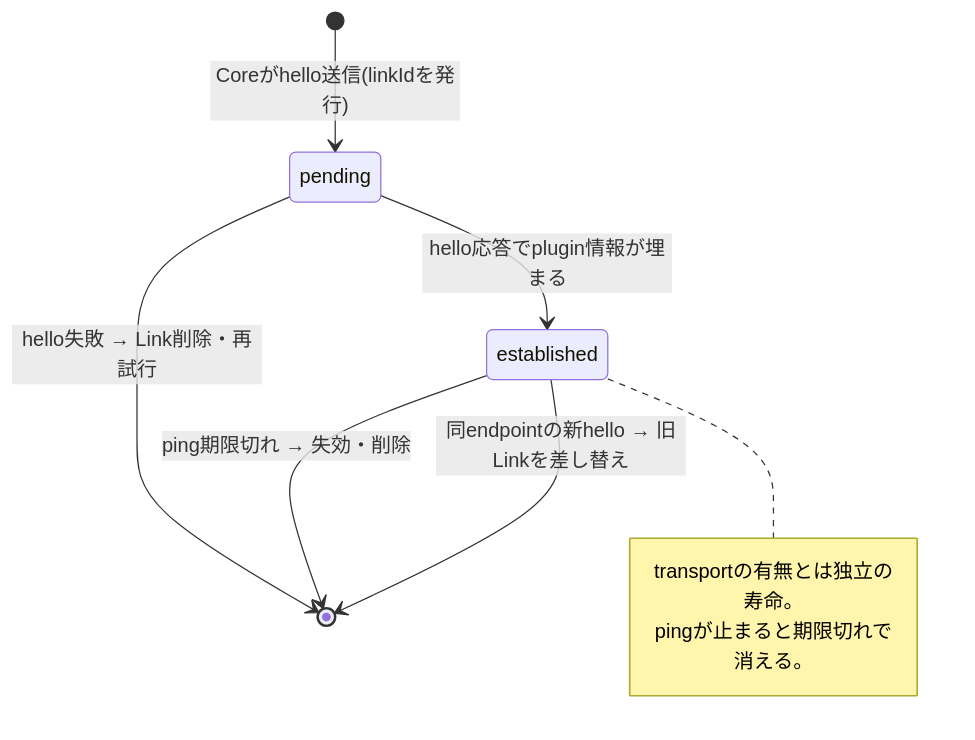
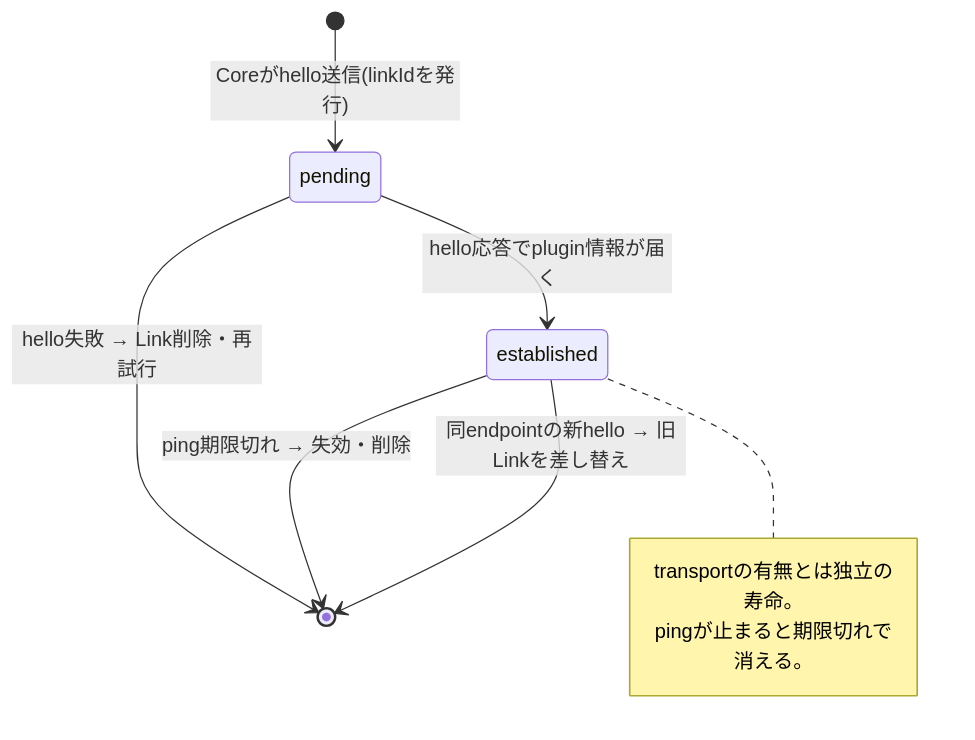
The first of 2 diagrams in docs/contracts/00001-core-plugin-transport.md (naatin777/plugumi), drawn with Mermaid before and after one commit. The commit also changed other lines of this file and 56 other files, not shown here.

````diff
--- a/docs/contracts/00001-core-plugin-transport.md
+++ b/docs/contracts/00001-core-plugin-transport.md
@@ -77,12 +77,12 @@
 ```mermaid
 stateDiagram-v2
     [*] --> pending: Coreがhello送信(linkIdを発行)
-    pending --> established: hello応答でplugin情報が埋まる
+    pending --> established: hello応答でplugin情報が届く
     pending --> [*]: hello失敗 → Link削除・再試行
     established --> [*]: ping期限切れ → 失効・削除
     established --> [*]: 同endpointの新hello → 旧Linkを差し替え
     note right of established
         transportの有無とは独立の寿命。
         pingが止まると期限切れで消える。
     end note
 ```
````
